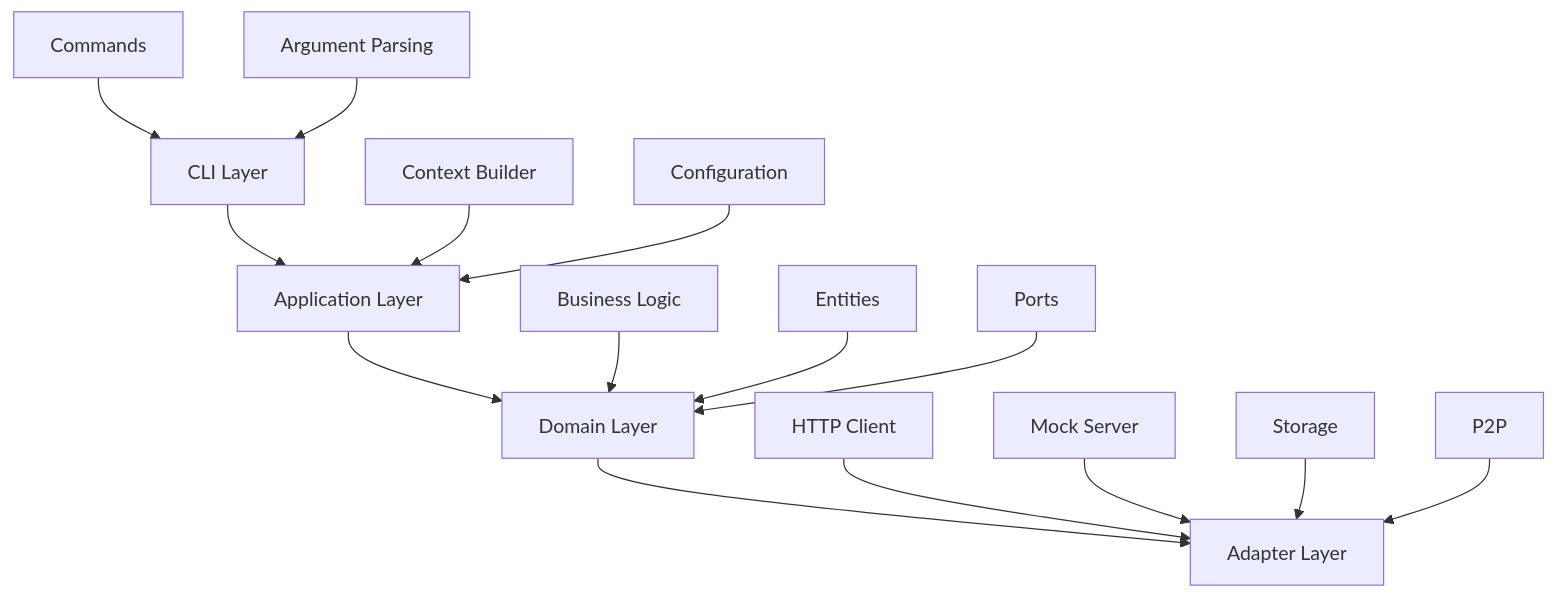
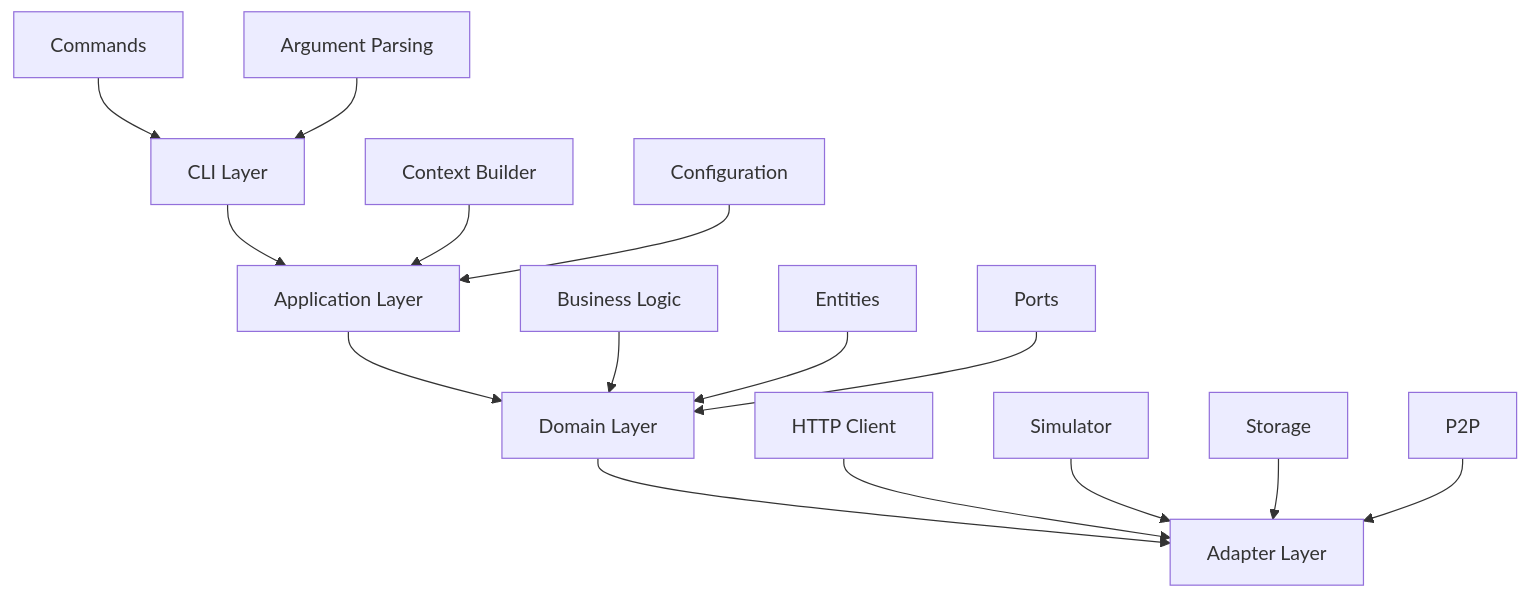
Before and after one commit to pmaojo/apicentric: the first of 3 diagrams in ARCHITECTURE.md, drawn with Mermaid. The commit also changed other lines of this file and 28 other files, not shown here.

````diff
--- a/ARCHITECTURE.md
+++ b/ARCHITECTURE.md
@@ -11,21 +11,21 @@
 ```mermaid
 graph TD
     A[CLI Layer] --> B[Application Layer]
     B --> C[Domain Layer]
     C --> D[Adapter Layer]
     
     A1[Commands] --> A
     A2[Argument Parsing] --> A
     
     B1[Context Builder] --> B
     B2[Configuration] --> B
     
     C1[Business Logic] --> C
     C2[Entities] --> C
     C3[Ports] --> C
     
     D1[HTTP Client] --> D
-    D2[Mock Server] --> D
+    D2[Simulator] --> D
     D3[Storage] --> D
     D4[P2P] --> D
 ```
````
